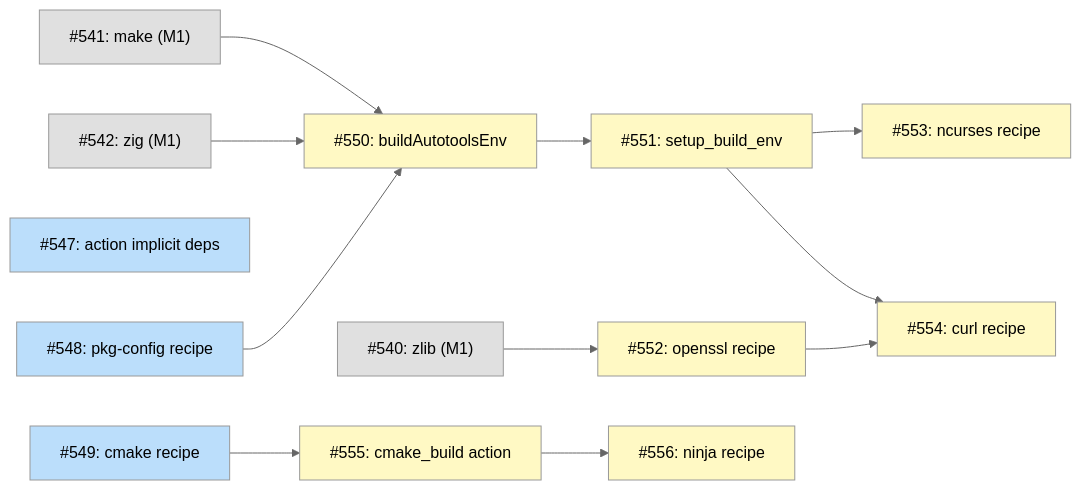
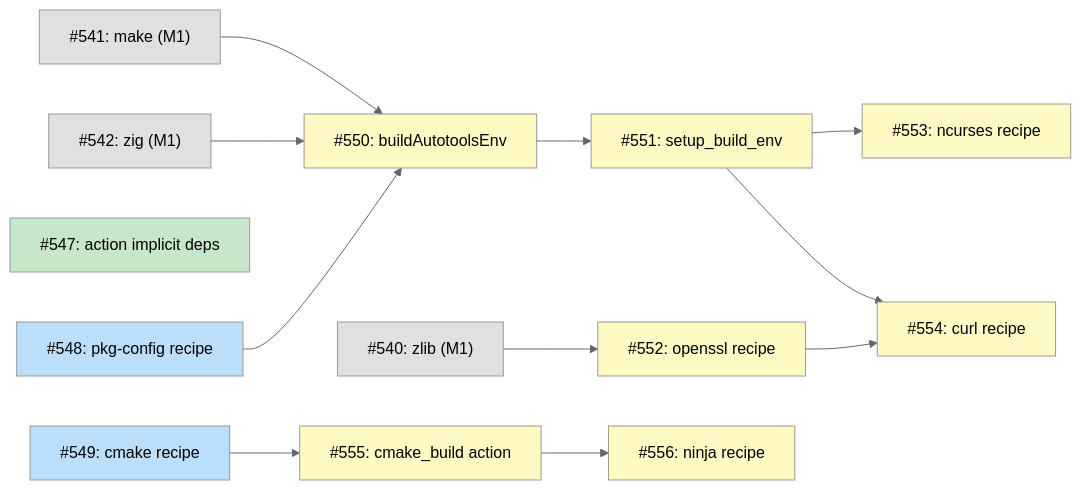
One commit to tsukumogami/tsuku changed the second of 4 diagrams in docs/DESIGN-dependency-provisioning.md. Above: the diagram before and after it, drawn with Mermaid (neutral theme). The commit also changed 3 other files, not shown here.

````diff
--- a/docs/DESIGN-dependency-provisioning.md
+++ b/docs/DESIGN-dependency-provisioning.md
@@ -62,36 +62,37 @@
 ```mermaid
 graph LR
     I540["#540: zlib (M1)"]
     I541["#541: make (M1)"]
     I542["#542: zig (M1)"]
     I547["#547: action implicit deps"]
     I548["#548: pkg-config recipe"]
     I549["#549: cmake recipe"]
     I550["#550: buildAutotoolsEnv"]
     I551["#551: setup_build_env"]
     I552["#552: openssl recipe"]
     I553["#553: ncurses recipe"]
     I554["#554: curl recipe"]
     I555["#555: cmake_build action"]
     I556["#556: ninja recipe"]
 
     I541 --> I550
     I542 --> I550
     I548 --> I550
     I550 --> I551
     I540 --> I552
     I551 --> I553
     I551 --> I554
     I552 --> I554
     I549 --> I555
     I555 --> I556
 
     classDef done fill:#c8e6c9
     classDef ready fill:#bbdefb
     classDef blocked fill:#fff9c4
     classDef external fill:#e0e0e0
 
     class I540,I541,I542 external
-    class I547,I548,I549 ready
+    class I547 done
+    class I548,I549 ready
     class I550,I551,I552,I553,I554,I555,I556 blocked
 ```
````
